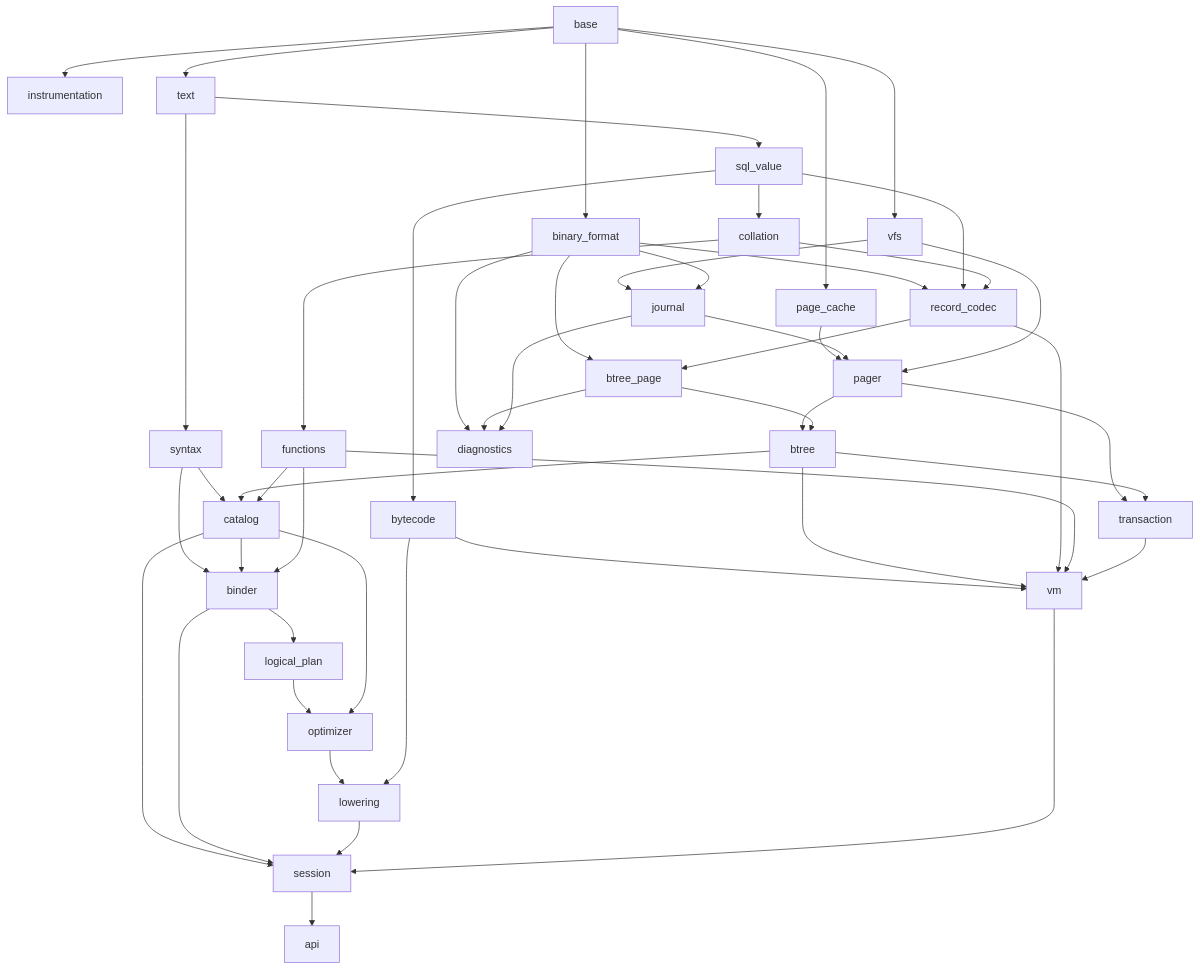
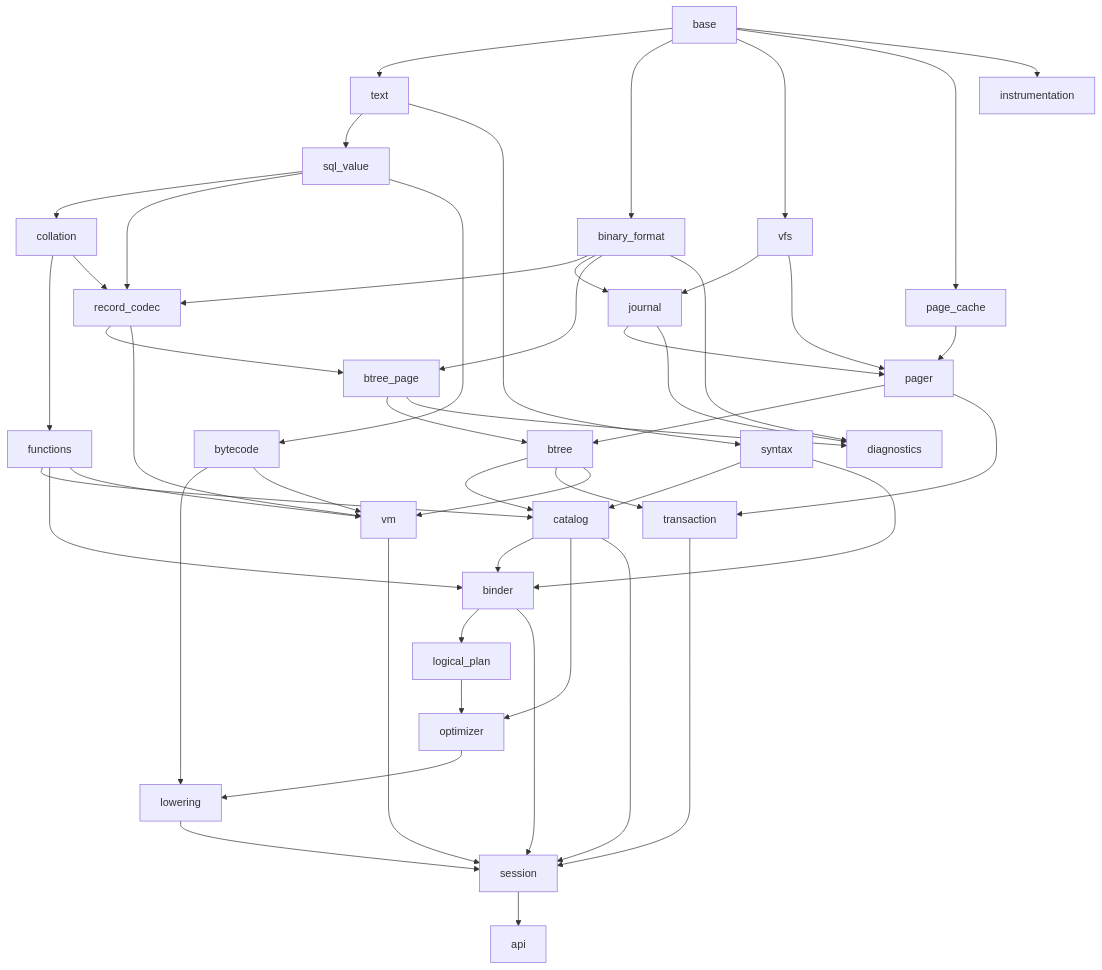
One commit to algorithm-apprentice/modern-sqlite changed the diagram in docs/architecture.md. Above: the diagram before and after it, drawn with Mermaid. The commit also changed 16 other files, not shown here.

````diff
--- a/docs/architecture.md
+++ b/docs/architecture.md
@@ -168,78 +168,78 @@
 ```mermaid
 flowchart TD
   BASE[base]
   INSTRUMENTATION[instrumentation]
   TEXT[text]
   VALUE[sql_value]
   COLLATION[collation]
   FUNCTIONS[functions]
   FORMAT[binary_format]
   RECORD[record_codec]
   PLATFORM[vfs]
   CACHE[page_cache]
   JOURNAL[journal]
   PAGER[pager]
   BTREE_PAGE[btree_page]
   BTREE[btree]
   SYNTAX[syntax]
   CATALOG[catalog]
   BYTECODE[bytecode]
   BINDER[binder]
   LOGICAL[logical_plan]
   OPTIMIZER[optimizer]
   LOWERING[lowering]
   TRANSACTION[transaction]
   VM[vm]
   SESSION[session]
   API[api]
   DIAGNOSTICS[diagnostics]
 
   BASE --> TEXT
   BASE --> FORMAT
   BASE --> PLATFORM
   BASE --> CACHE
   BASE --> INSTRUMENTATION
   TEXT --> VALUE
   VALUE --> COLLATION
   COLLATION --> FUNCTIONS
   FORMAT --> RECORD
   VALUE --> RECORD
   COLLATION --> RECORD
   PLATFORM --> JOURNAL
   FORMAT --> JOURNAL
   CACHE --> PAGER
   JOURNAL --> PAGER
   PLATFORM --> PAGER
   FORMAT --> BTREE_PAGE
   RECORD --> BTREE_PAGE
   PAGER --> BTREE
   BTREE_PAGE --> BTREE
   TEXT --> SYNTAX
   SYNTAX --> CATALOG
   BTREE --> CATALOG
   FUNCTIONS --> CATALOG
   VALUE --> BYTECODE
   SYNTAX --> BINDER
   CATALOG --> BINDER
   FUNCTIONS --> BINDER
   BINDER --> LOGICAL
   LOGICAL --> OPTIMIZER
   CATALOG --> OPTIMIZER
   OPTIMIZER --> LOWERING
   BYTECODE --> LOWERING
   PAGER --> TRANSACTION
   BTREE --> TRANSACTION
   BYTECODE --> VM
   BTREE --> VM
   RECORD --> VM
   FUNCTIONS --> VM
-  TRANSACTION --> VM
   CATALOG --> SESSION
   BINDER --> SESSION
   LOWERING --> SESSION
   VM --> SESSION
+  TRANSACTION --> SESSION
   SESSION --> API
   FORMAT --> DIAGNOSTICS
   BTREE_PAGE --> DIAGNOSTICS
   JOURNAL --> DIAGNOSTICS
 ```
````
